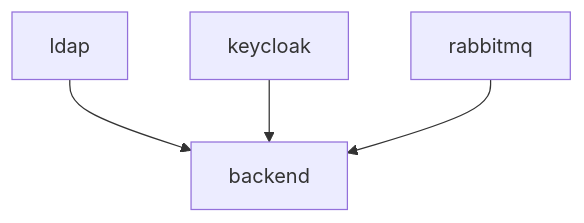
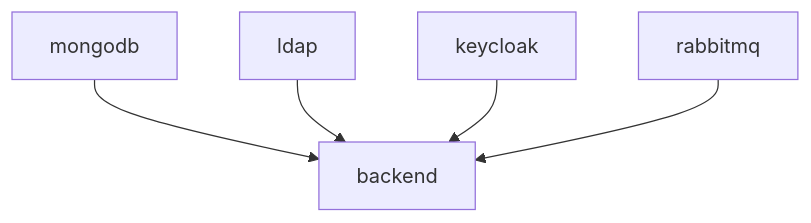
One commit to SciCatProject/scicatlive changed the diagram in services/backend/README.md. Above: the diagram before and after it, drawn with Mermaid. The commit also changed 14 other files, not shown here.

````diff
--- a/services/backend/README.md
+++ b/services/backend/README.md
@@ -19,6 +19,7 @@
 ```mermaid
 graph TD
+    mongodb --> backend
     ldap --> backend
     keycloak --> backend
     rabbitmq --> backend
 ```
````
